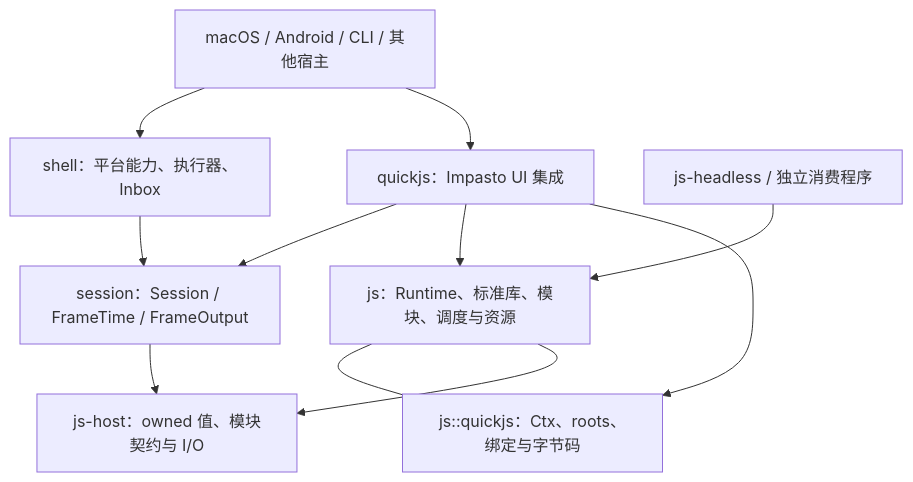
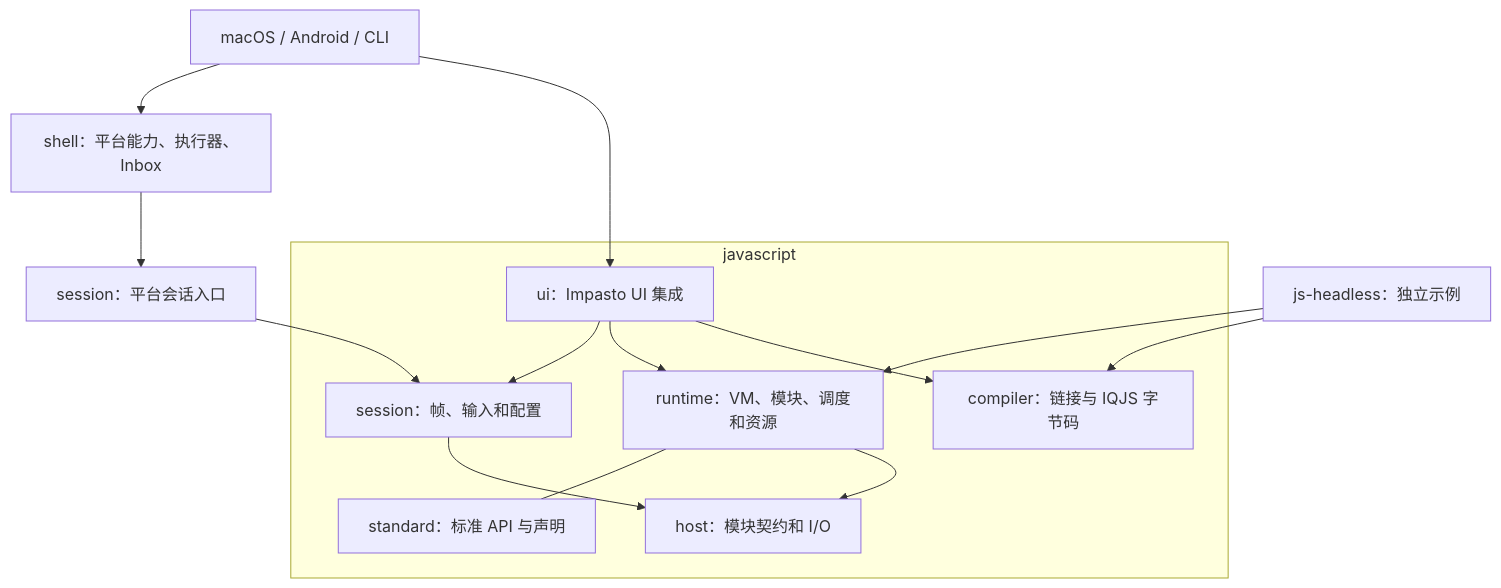
The diagram in docs/design/js-runtime/runtime-and-standard-library.md (peterich-rs/Impasto), drawn with Mermaid before and after one commit. The commit also changed other lines of this file and 187 other files, not shown here.

First line of the commit message:
refactor(javascript): consolidate runtime crates (#26)

````diff
--- a/docs/design/js-runtime/runtime-and-standard-library.md
+++ b/docs/design/js-runtime/runtime-and-standard-library.md
@@ -17,21 +17,27 @@
 ```mermaid
 flowchart TD
-    host["macOS / Android / CLI / 其他宿主"]
+    platform["macOS / Android / CLI"]
     shell["shell：平台能力、执行器、Inbox"]
-    ui["quickjs：Impasto UI 集成"]
-    session["session：Session / FrameTime / FrameOutput"]
-    runtime["js：Runtime、标准库、模块、调度与资源"]
-    backend["js::quickjs：Ctx、roots、绑定与字节码"]
-    contract["js-host：owned 值、模块契约与 I/O"]
-    headless["js-headless / 独立消费程序"]
-    host --> shell
-    host --> ui
-    shell --> session
-    ui --> session
-    ui --> runtime
-    ui --> backend
+    facade["session：平台会话入口"]
+    headless["js-headless：独立示例"]
+    subgraph javascript["javascript"]
+        ui["ui：Impasto UI 集成"]
+        session["session：帧、输入和配置"]
+        runtime["runtime：VM、模块、调度和资源"]
+        compiler["compiler：链接与 IQJS 字节码"]
+        standard["standard：标准 API 与声明"]
+        host["host：模块契约和 I/O"]
+        ui --> session
+        ui --> runtime
+        ui --> compiler
+        runtime --- standard
+        runtime --> host
+        session --> host
+    end
+    platform --> shell
+    platform --> ui
+    shell --> facade
+    facade --> session
     headless --> runtime
-    runtime --- backend
-    runtime --> contract
-    session --> contract
+    headless --> compiler
 ```
````
